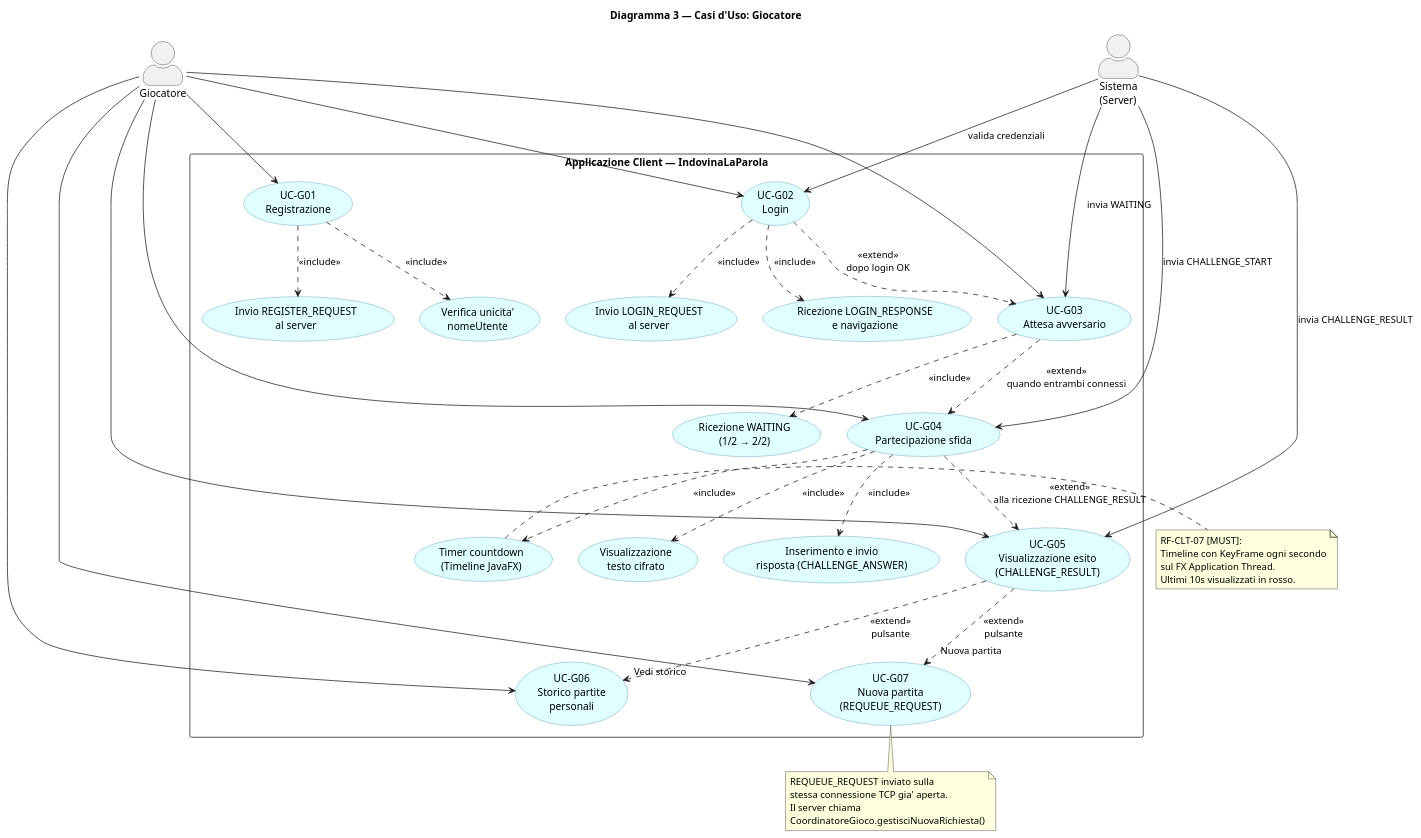
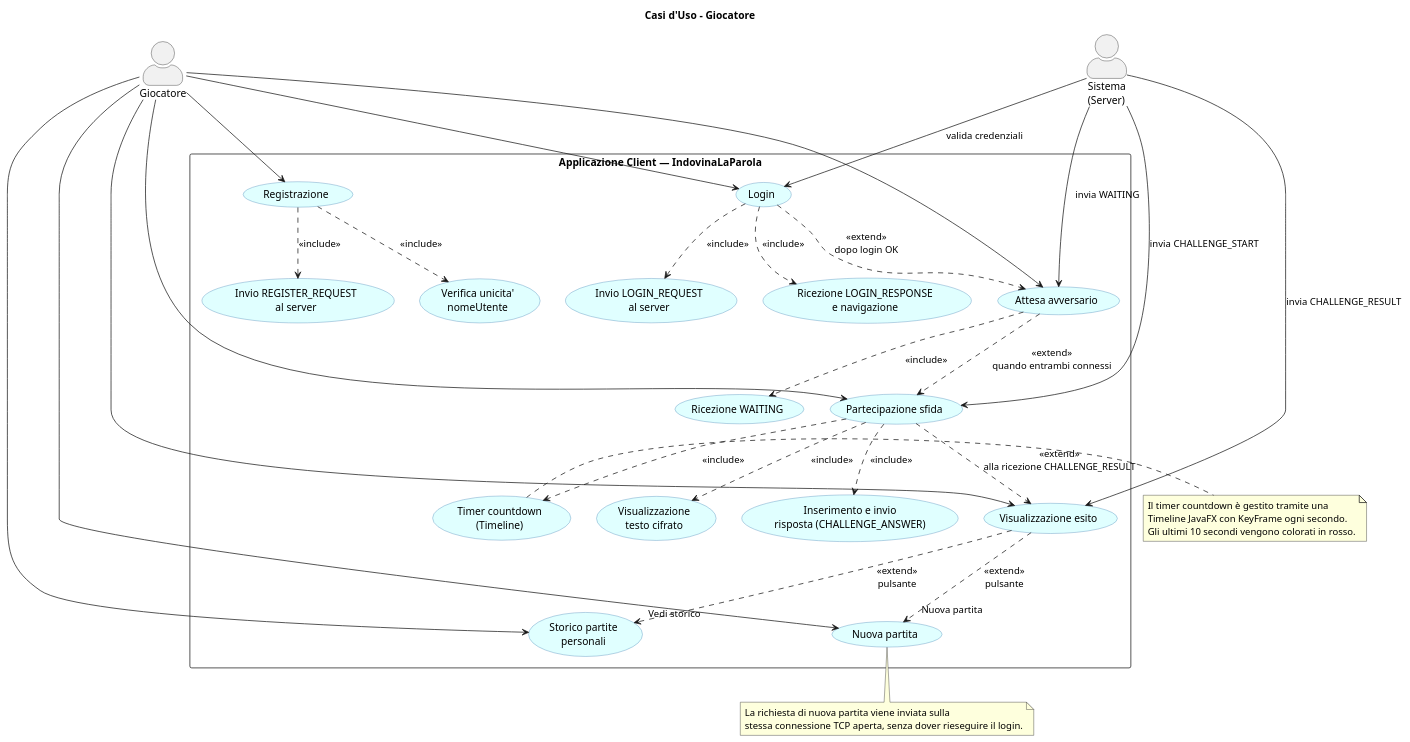
One commit to Michele-Pio-Russo/Progetto_Java_Avanzata_Gruppo_2 changed the diagram in Documenti/Diagrammi/UC_03_Giocatore.puml. Above: the diagram before and after it, drawn with PlantUML. The commit also changed 16 other files, not shown here.

```diff
--- a/Documenti/Diagrammi/UC_03_Giocatore.puml
+++ b/Documenti/Diagrammi/UC_03_Giocatore.puml
@@ -1,81 +1,78 @@
 @startuml UC_03_Giocatore
 skinparam actorStyle awesome
 skinparam packageStyle rectangle
 skinparam usecase {
   BackgroundColor LightCyan
   BorderColor SteelBlue
 }
 
-title Diagramma 3 — Casi d'Uso: Giocatore
+title Casi d'Uso - Giocatore
 
 actor "Giocatore" as Player
 actor "Sistema\n(Server)" as Server
 
 rectangle "Applicazione Client — IndovinaLaParola" {
 
-  usecase "UC-G01\nRegistrazione" as G01
+  usecase "Registrazione" as G01
   usecase "Invio REGISTER_REQUEST\nal server" as G01a
   usecase "Verifica unicita'\nnomeUtente" as G01b
 
-  usecase "UC-G02\nLogin" as G02
+  usecase "Login" as G02
   usecase "Invio LOGIN_REQUEST\nal server" as G02a
   usecase "Ricezione LOGIN_RESPONSE\ne navigazione" as G02b
 
-  usecase "UC-G03\nAttesa avversario" as G03
-  usecase "Ricezione WAITING\n(1/2 → 2/2)" as G03a
+  usecase "Attesa avversario" as G03
+  usecase "Ricezione WAITING" as G03a
 
-  usecase "UC-G04\nPartecipazione sfida" as G04
+  usecase "Partecipazione sfida" as G04
   usecase "Visualizzazione\ntesto cifrato" as G04a
-  usecase "Timer countdown\n(Timeline JavaFX)" as G04b
+  usecase "Timer countdown\n(Timeline)" as G04b
   usecase "Inserimento e invio\nrisposta (CHALLENGE_ANSWER)" as G04c
 
-  usecase "UC-G05\nVisualizzazione esito\n(CHALLENGE_RESULT)" as G05
+  usecase "Visualizzazione esito" as G05
 
-  usecase "UC-G06\nStorico partite\npersonali" as G06
+  usecase "Storico partite\npersonali" as G06
 
-  usecase "UC-G07\nNuova partita\n(REQUEUE_REQUEST)" as G07
+  usecase "Nuova partita" as G07
 }
 
 Player --> G01
 Player --> G02
 Player --> G03
 Player --> G04
 Player --> G05
 Player --> G06
 Player --> G07
 
 Server --> G02 : valida credenziali
 Server --> G03 : invia WAITING
 Server --> G04 : invia CHALLENGE_START
 Server --> G05 : invia CHALLENGE_RESULT
 
 G01 ..> G01a : <<include>>
 G01 ..> G01b : <<include>>
 G02 ..> G02a : <<include>>
 G02 ..> G02b : <<include>>
 G03 ..> G03a : <<include>>
 G04 ..> G04a : <<include>>
 G04 ..> G04b : <<include>>
 G04 ..> G04c : <<include>>
 
 G02 ..> G03 : <<extend>>\ndopo login OK
 G03 ..> G04 : <<extend>>\nquando entrambi connessi
 G04 ..> G05 : <<extend>>\nalla ricezione CHALLENGE_RESULT
 G05 ..> G07 : <<extend>>\npulsante "Nuova partita"
 G05 ..> G06 : <<extend>>\npulsante "Vedi storico"
 
 note right of G04b
-  RF-CLT-07 [MUST]:
-  Timeline con KeyFrame ogni secondo
-  sul FX Application Thread.
-  Ultimi 10s visualizzati in rosso.
+  Il timer countdown è gestito tramite una
+  Timeline JavaFX con KeyFrame ogni secondo.
+  Gli ultimi 10 secondi vengono colorati in rosso.
 end note
 
 note bottom of G07
-  REQUEUE_REQUEST inviato sulla
-  stessa connessione TCP gia' aperta.
-  Il server chiama
-  CoordinatoreGioco.gestisciNuovaRichiesta()
+  La richiesta di nuova partita viene inviata sulla
+  stessa connessione TCP aperta, senza dover rieseguire il login.
 end note
 
 @enduml
```
